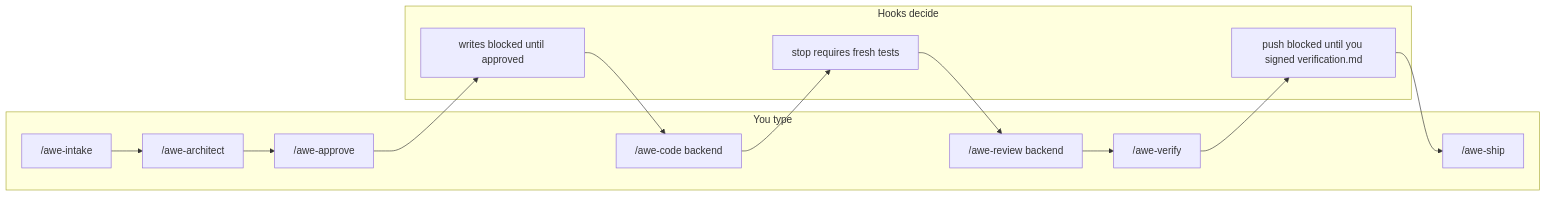
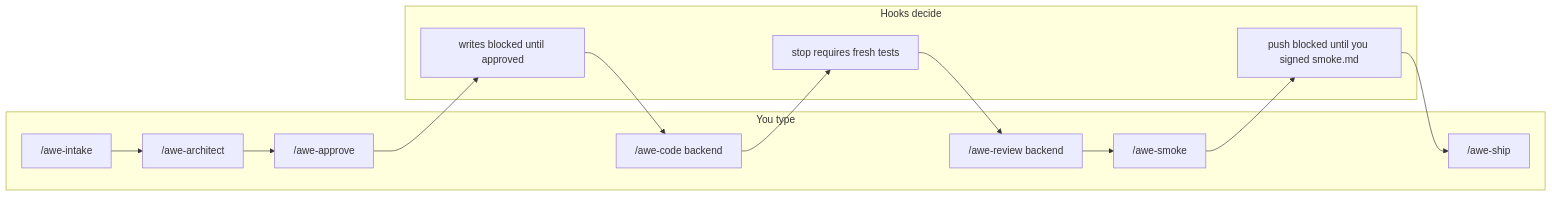
Before and after one commit to muizather/rt-coding-essentials: the fourth of 5 diagrams in docs/GUIDE.md, drawn with Mermaid. The commit also changed other lines of this file and 44 other files, not shown here.

First line of the commit message:
Ship smoke tester, fullstack role, and optional architect briefing docs.

````diff
--- a/docs/GUIDE.md
+++ b/docs/GUIDE.md
@@ -196,20 +196,20 @@
 ```mermaid
 flowchart LR
     subgraph you ["You type"]
       I["/awe-intake"]
       A["/awe-architect"]
       P["/awe-approve"]
       K["/awe-code backend"]
       R["/awe-review backend"]
-      V["/awe-verify"]
+      V["/awe-smoke"]
       S["/awe-ship"]
     end
     subgraph hooks ["Hooks decide"]
       W["writes blocked until approved"]
       E["stop requires fresh tests"]
-      X["push blocked until you signed verification.md"]
+      X["push blocked until you signed smoke.md"]
     end
     I --> A --> P
     P --> W
     W --> K --> E --> R --> V --> X --> S
 ```
````
